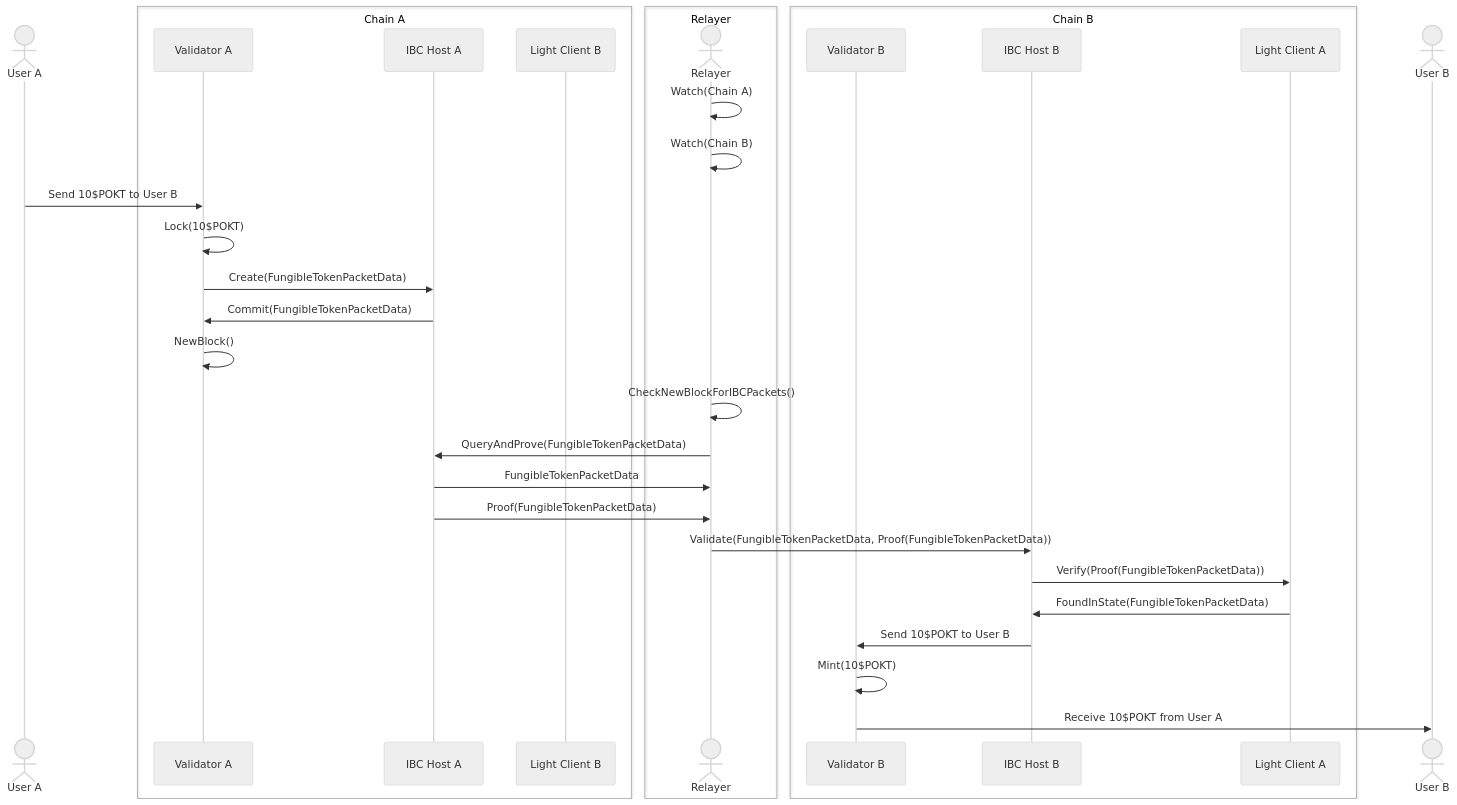
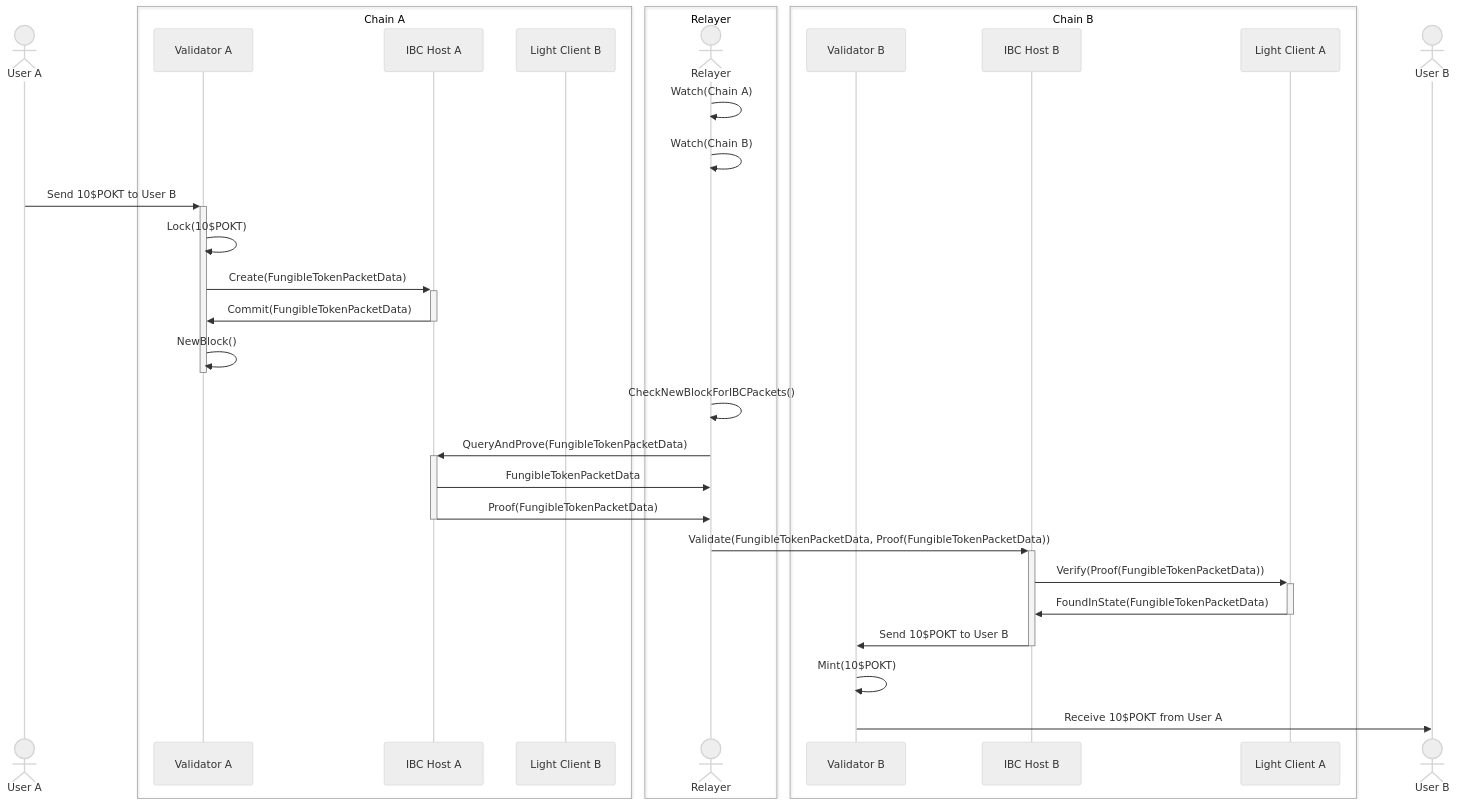
The first of 2 diagrams in ibc/docs/ics24.md (pokt-network/pocket), drawn with Mermaid (neutral theme) before and after one commit. The commit also changed other lines of this file, not shown here.

````diff
--- a/ibc/docs/ics24.md
+++ b/ibc/docs/ics24.md
@@ -47,35 +47,35 @@
 ```mermaid
 sequenceDiagram
   actor UA as User A
   box Transparent Chain A
     participant A1 as Validator A
     participant A2 as IBC Host A
     participant A3 as Light Client B
   end
   box Transparent Relayer
     actor R1 as Relayer
   end
   box Transparent Chain B
     participant B1 as Validator B
     participant B2 as IBC Host B
     participant B3 as Light Client A
   end
   actor UB as User B
   R1->>R1: Watch(Chain A)
   R1->>R1: Watch(Chain B)
-  UA->>A1: Send 10$POKT to User B
+  UA->>+A1: Send 10$POKT to User B
   A1->>A1: Lock(10$POKT)
-  A1->>A2: Create(FungibleTokenPacketData)
-  A2->>A1: Commit(FungibleTokenPacketData)
-  A1->>A1: NewBlock()
+  A1->>+A2: Create(FungibleTokenPacketData)
+  A2->>-A1: Commit(FungibleTokenPacketData)
+  A1->>-A1: NewBlock()
   R1->>R1: CheckNewBlockForIBCPackets()
-  R1->>A2: QueryAndProve(FungibleTokenPacketData)
+  R1->>+A2: QueryAndProve(FungibleTokenPacketData)
   A2->>R1: FungibleTokenPacketData
-  A2->>R1: Proof(FungibleTokenPacketData)
-  R1->>B2: Validate(FungibleTokenPacketData, Proof(FungibleTokenPacketData))
-  B2->>B3: Verify(Proof(FungibleTokenPacketData))
-  B3->>B2: FoundInState(FungibleTokenPacketData)
-  B2->>B1: Send 10$POKT to User B
+  A2->>-R1: Proof(FungibleTokenPacketData)
+  R1->>+B2: Validate(FungibleTokenPacketData, Proof(FungibleTokenPacketData))
+  B2->>+B3: Verify(Proof(FungibleTokenPacketData))
+  B3->>-B2: FoundInState(FungibleTokenPacketData)
+  B2->>-B1: Send 10$POKT to User B
   B1->>B1: Mint(10$POKT)
   B1->>UB: Receive 10$POKT from User A
 ```
````
